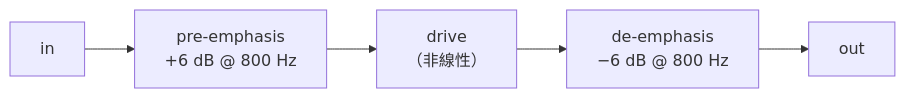
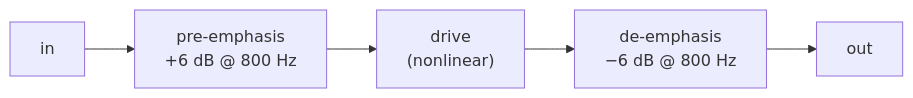
The first of 2 diagrams in lessons/07-distortion/README.md (TomHsieh300/DAW-for-fun), drawn with Mermaid before and after one commit. The commit also changed other lines of this file and 18 other files, not shown here.

````diff
--- a/lessons/07-distortion/README.md
+++ b/lessons/07-distortion/README.md
@@ -279,4 +281,4 @@
 ```mermaid
 flowchart LR
-    A[in] --> B["pre-emphasis<br/>+6 dB @ 800 Hz"] --> C["drive<br/>（非線性）"] --> D["de-emphasis<br/>−6 dB @ 800 Hz"] --> E[out]
+    A[in] --> B["pre-emphasis<br/>+6 dB @ 800 Hz"] --> C["drive<br/>(nonlinear)"] --> D["de-emphasis<br/>−6 dB @ 800 Hz"] --> E[out]
 ```
````
